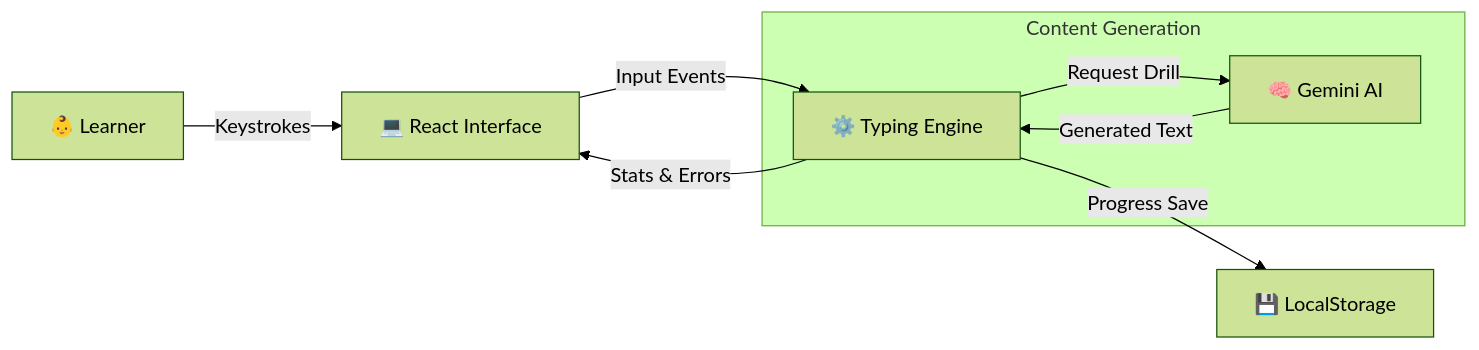
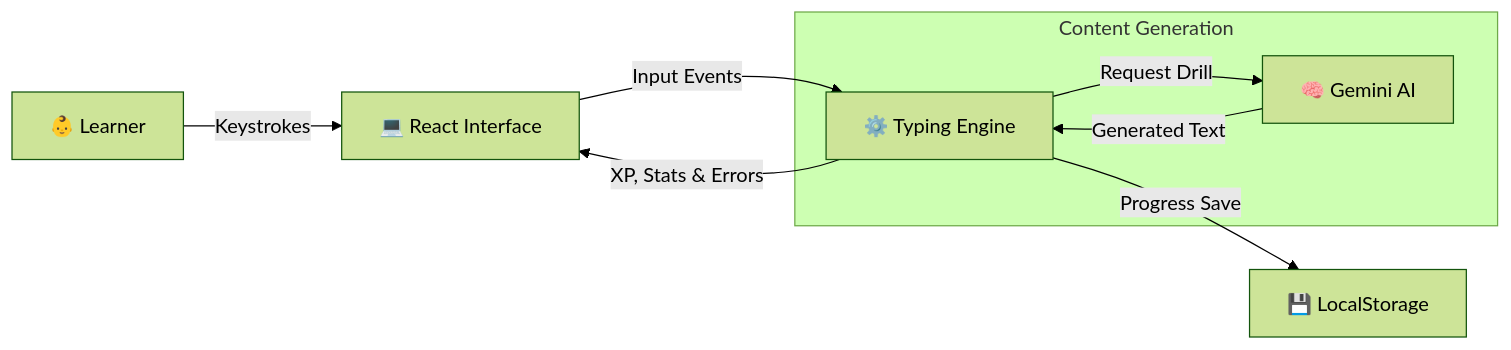
The diagram in README.md (clrogon/MagicKeyboard), drawn with Mermaid (forest theme) before and after one commit. The commit also changed other lines of this file and 10 other files, not shown here.

````diff
--- a/README.md
+++ b/README.md
@@ -78,18 +82,18 @@
 ```mermaid
 flowchart LR
     User["👶 Learner"]
     UI["💻 React Interface"]
     Engine["⚙️ Typing Engine"]
     AI["🧠 Gemini AI"]
     Storage["💾 LocalStorage"]
 
     User -->|Keystrokes| UI
     UI -->|Input Events| Engine
-    Engine -->|Stats & Errors| UI
+    Engine -->|XP, Stats & Errors| UI
     Engine -->|Progress Save| Storage
     
     subgraph Content Generation
     Engine -->|Request Drill| AI
     AI -->|Generated Text| Engine
     end
 ```
````
